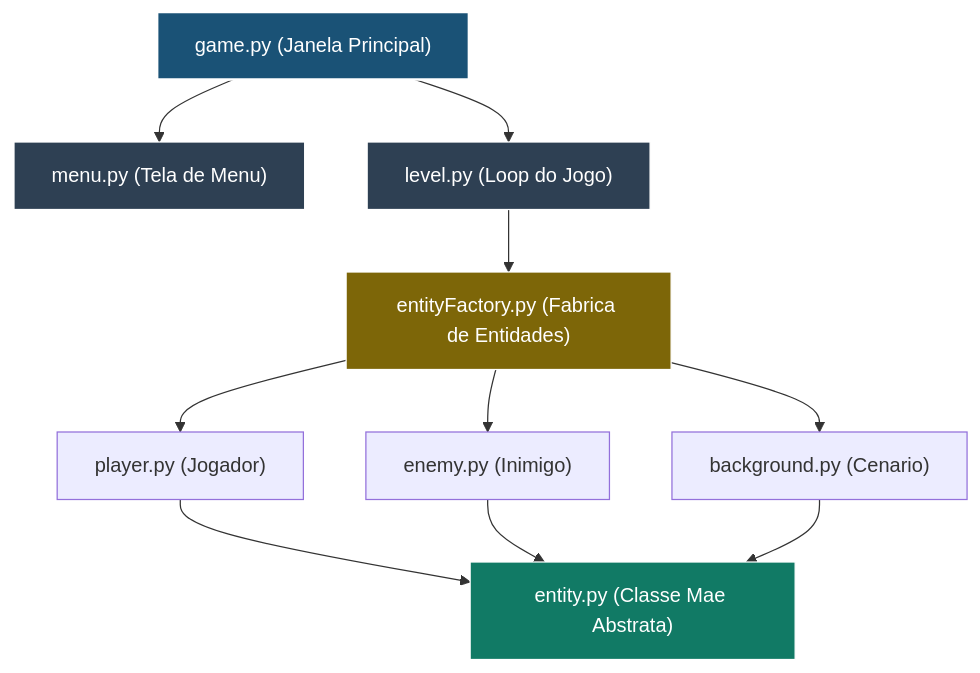
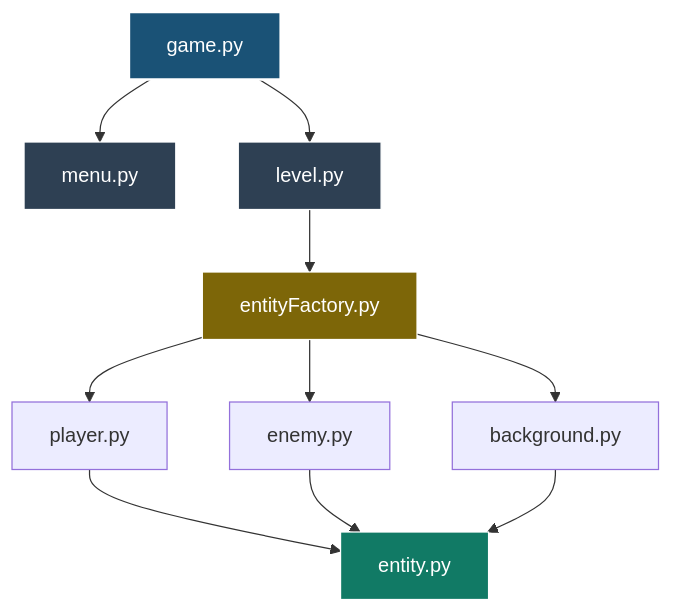
Before and after one commit to nunesaluna/tesouro-do-pirata-pygame: the diagram in arquitetura.md, drawn with Mermaid.

````diff
--- a/arquitetura.md
+++ b/arquitetura.md
@@ -3,27 +3,27 @@
 ```mermaid
 graph TD
-    game["game.py (Janela Principal)"]
-    menu["menu.py (Tela de Menu)"]
-    level["level.py (Loop do Jogo)"]
-    factory["entityFactory.py (Fabrica de Entidades)"]
-    player["player.py (Jogador)"]
-    enemy["enemy.py (Inimigo)"]
-    bg["background.py (Cenario)"]
-    entity["entity.py (Classe Mae Abstrata)"]
+    game[game.py]
+    menu[menu.py]
+    level[level.py]
+    factory[entityFactory.py]
+    player[player.py]
+    enemy[enemy.py]
+    bg[background.py]
+    entity[entity.py]
 
     game --> menu
     game --> level
     level --> factory
     factory --> player
     factory --> enemy
     factory --> bg
     player --> entity
     enemy --> entity
     bg --> entity
 
     style game fill:#1a5276,stroke:#fff,stroke-width:2px,color:#fff
     style menu fill:#2e4053,stroke:#fff,stroke-width:1px,color:#fff
     style level fill:#2e4053,stroke:#fff,stroke-width:1px,color:#fff
     style factory fill:#7d6608,stroke:#fff,stroke-width:1px,color:#fff
     style entity fill:#117a65,stroke:#fff,stroke-width:1px,color:#fff
 ```
````
